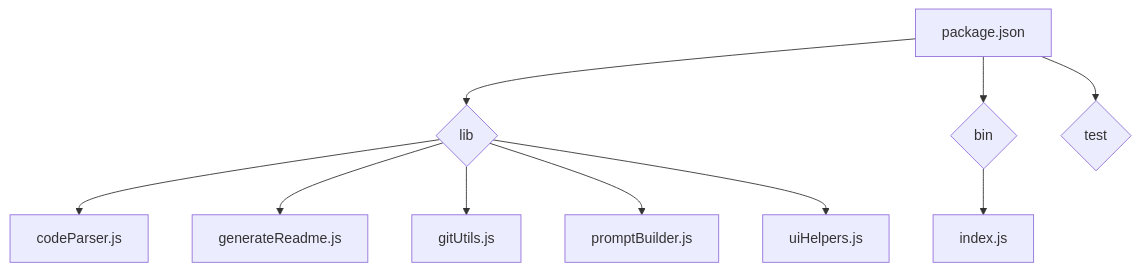
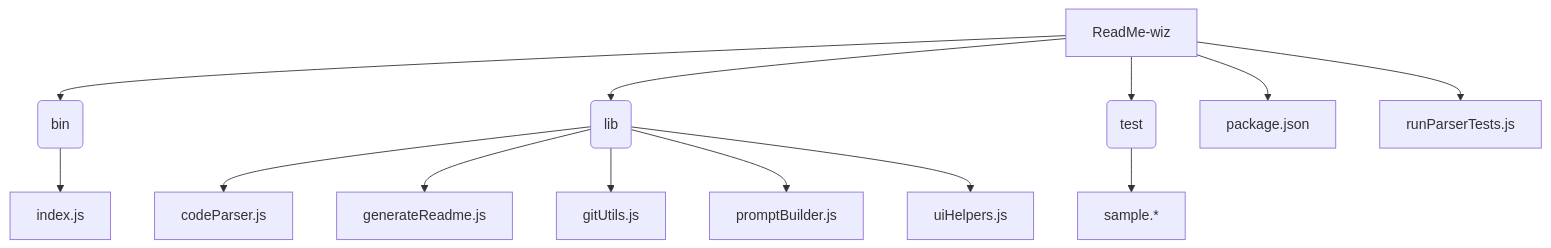
Before and after one commit to PIYUSH1SAINI/ReadMe-wiz: the second of 2 diagrams in README.md, drawn with Mermaid. The commit also changed other lines of this file and 1 other file, not shown here.

````diff
--- a/README.md
+++ b/README.md
@@ -101,12 +47,16 @@
 ```mermaid
 graph TD
-    A[package.json] --> B{lib};
-    B --> C[codeParser.js];
-    B --> D[generateReadme.js];
-    B --> E[gitUtils.js];
-    B --> F[promptBuilder.js];
-    B --> G[uiHelpers.js];
-    A --> H{bin};
-    H --> I[index.js];
-    A --> J{test};
+    A[ReadMe-wiz] --> B(bin);
+    A --> C(lib);
+    A --> D(test);
+    B --> E["index.js"];
+    C --> F["codeParser.js"];
+    C --> G["generateReadme.js"];
+    C --> H["gitUtils.js"];
+    C --> I["promptBuilder.js"];
+    C --> J["uiHelpers.js"];
+    D --> K["sample.*"];
+    A --> L["package.json"];
+    A --> M["runParserTests.js"];
+
 ```
````
